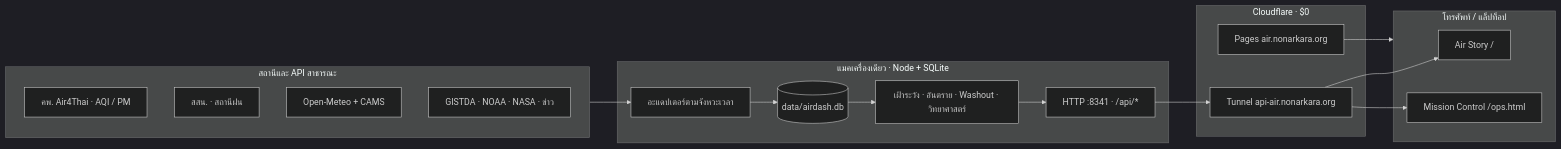
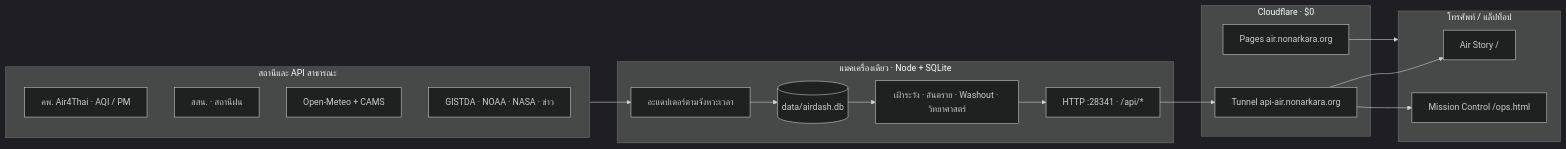
Before and after one commit to Nonarkara/airdash: the diagram in README.th.md, drawn with Mermaid (dark theme). The commit also changed other lines of this file and 16 other files, not shown here.

````diff
--- a/README.th.md
+++ b/README.th.md
@@ -159,32 +159,32 @@
 ```mermaid
 flowchart LR
   subgraph sources["สถานีและ API สาธารณะ"]
     PCD["คพ. Air4Thai · AQI / PM"]
     HII["สสน. · สถานีฝน"]
     OM["Open-Meteo + CAMS"]
     OTHER["GISTDA · NOAA · NASA · ข่าว"]
   end
 
   subgraph mac["แมคเครื่องเดียว · Node + SQLite"]
     IN["อะแดปเตอร์ตามจังหวะเวลา"]
     DB[("data/airdash.db")]
     ENG["เฝ้าระวัง · อันตราย · Washout · วิทยาศาสตร์"]
-    API["HTTP :8341 · /api/*"]
+    API["HTTP :28341 · /api/*"]
   end
 
   subgraph edge["Cloudflare · $0"]
     TUN["Tunnel api-air.nonarkara.org"]
     PG["Pages air.nonarkara.org"]
   end
 
   subgraph people["โทรศัพท์ / แล็ปท็อป"]
     STORY["Air Story /"]
     OPS["Mission Control /ops.html"]
   end
 
   sources --> IN --> DB --> ENG --> API
   API --> TUN
   PG --> people
   TUN --> STORY
   TUN --> OPS
 ```
````
